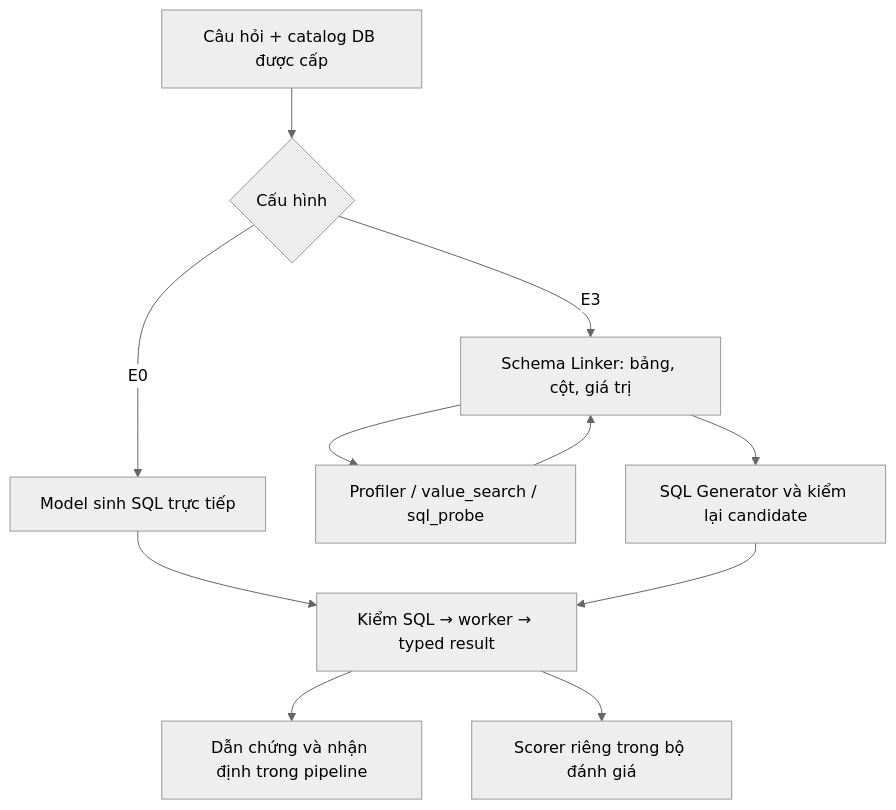
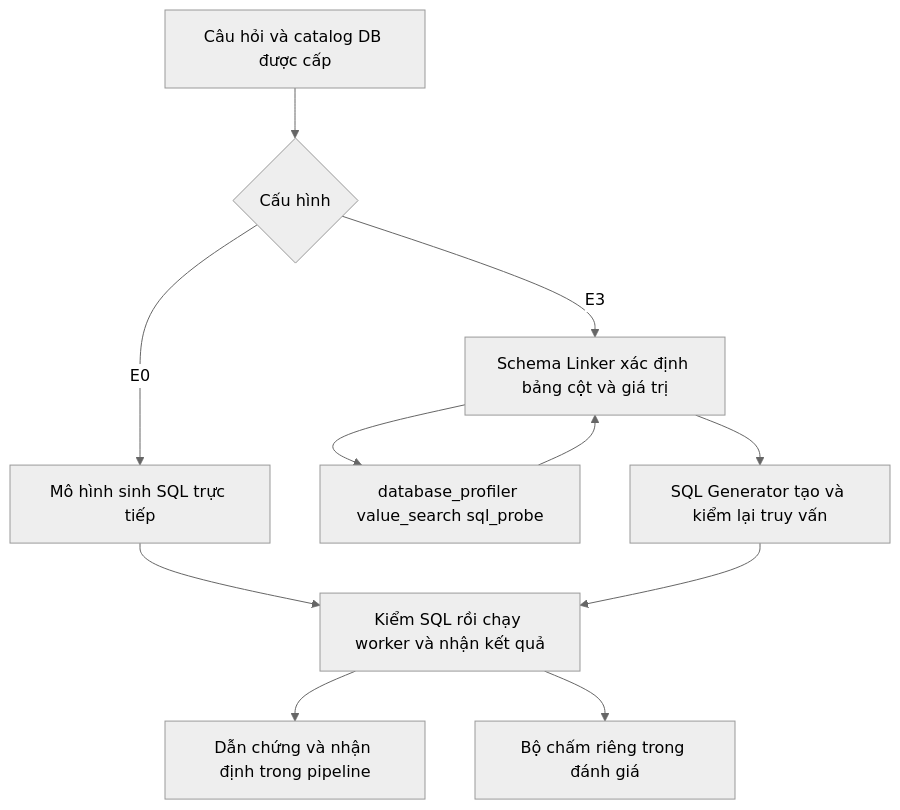
Before and after one commit to Whats-up-pro/VinSOC: the second of 2 diagrams in docs/evaluation/VinSOC_Mentor_Demo_Script_2026-10-14.md, drawn with Mermaid (neutral theme). The commit also changed other lines of this file and 2 other files, not shown here.

````diff
--- a/docs/evaluation/VinSOC_Mentor_Demo_Script_2026-10-14.md
+++ b/docs/evaluation/VinSOC_Mentor_Demo_Script_2026-10-14.md
@@ -88,13 +66,13 @@
 ```mermaid
 flowchart TD
-    Q["Câu hỏi + catalog DB được cấp"] --> C{"Cấu hình"}
-    C -->|E0| G0["Model sinh SQL trực tiếp"]
-    C -->|E3| L["Schema Linker: bảng, cột, giá trị"]
-    L --> D["Profiler / value_search / sql_probe"]
+    Q["Câu hỏi và catalog DB được cấp"] --> C{"Cấu hình"}
+    C -->|E0| G0["Mô hình sinh SQL trực tiếp"]
+    C -->|E3| L["Schema Linker xác định bảng cột và giá trị"]
+    L --> D["database_profiler value_search sql_probe"]
     D --> L
-    L --> G3["SQL Generator và kiểm lại candidate"]
-    G0 --> W["Kiểm SQL → worker → typed result"]
+    L --> G3["SQL Generator tạo và kiểm lại truy vấn"]
+    G0 --> W["Kiểm SQL rồi chạy worker và nhận kết quả"]
     G3 --> W
     W --> P["Dẫn chứng và nhận định trong pipeline"]
-    W --> X["Scorer riêng trong bộ đánh giá"]
+    W --> X["Bộ chấm riêng trong đánh giá"]
 ```
````
